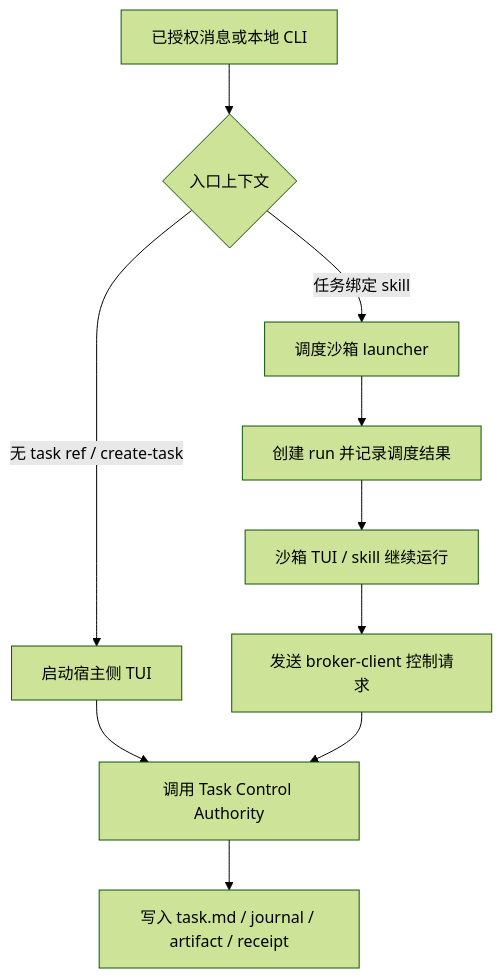
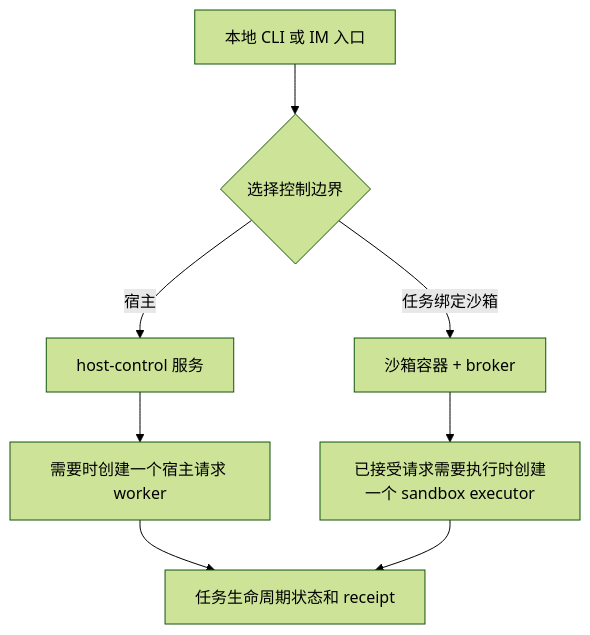
Before and after one commit to fitlab-ai/agent-infra: the fourth of 4 diagrams in docs/zh-CN/architecture.md, drawn with Mermaid (forest theme). The commit also changed other lines of this file and 1 other file, not shown here.

Commit message:
docs(architecture): clarify runtime process topology

````diff
--- a/docs/zh-CN/architecture.md
+++ b/docs/zh-CN/architecture.md
@@ -149,12 +140,10 @@
 ```mermaid
 flowchart TD
-  IN["已授权消息或本地 CLI"] --> ENTRY{"入口上下文"}
-  ENTRY -->|无 task ref / create-task| HOST["启动宿主侧 TUI"]
-  ENTRY -->|任务绑定 skill| DISPATCH["调度沙箱 launcher"]
-  HOST --> AUTH["调用 Task Control Authority"]
-  DISPATCH --> RUN["创建 run 并记录调度结果"]
-  RUN --> TUI["沙箱 TUI / skill 继续运行"]
-  TUI --> BROKER["发送 broker-client 控制请求"]
-  BROKER --> AUTH
-  AUTH --> STATE["写入 task.md / journal / artifact / receipt"]
+  ENTRY["本地 CLI 或 IM 入口"] --> ROUTE{"选择控制边界"}
+  ROUTE -->|宿主| HC["host-control 服务"]
+  ROUTE -->|任务绑定沙箱| SB["沙箱容器 + broker"]
+  HC --> HW["需要时创建一个宿主请求 worker"]
+  SB --> EX["已接受请求需要执行时创建一个 sandbox executor"]
+  HW --> STATE["任务生命周期状态和 receipt"]
+  EX --> STATE
 ```
````
